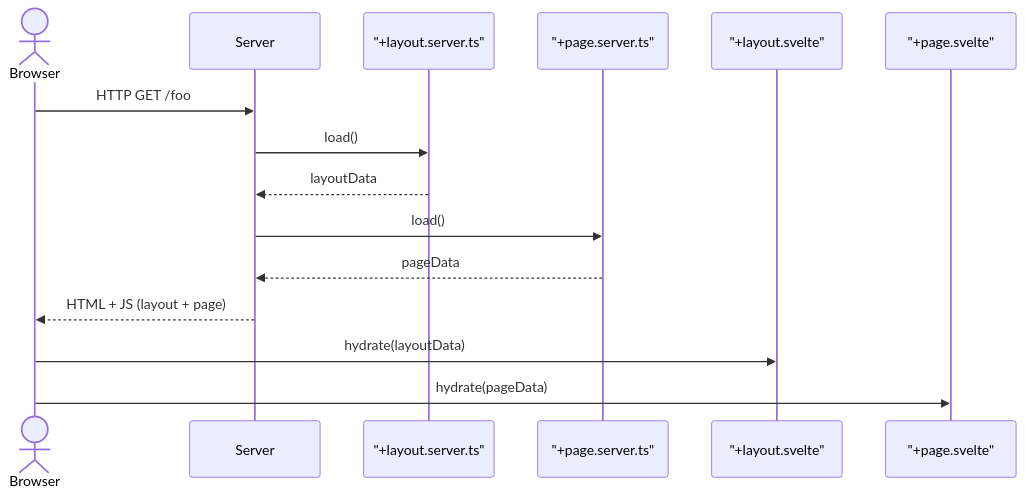
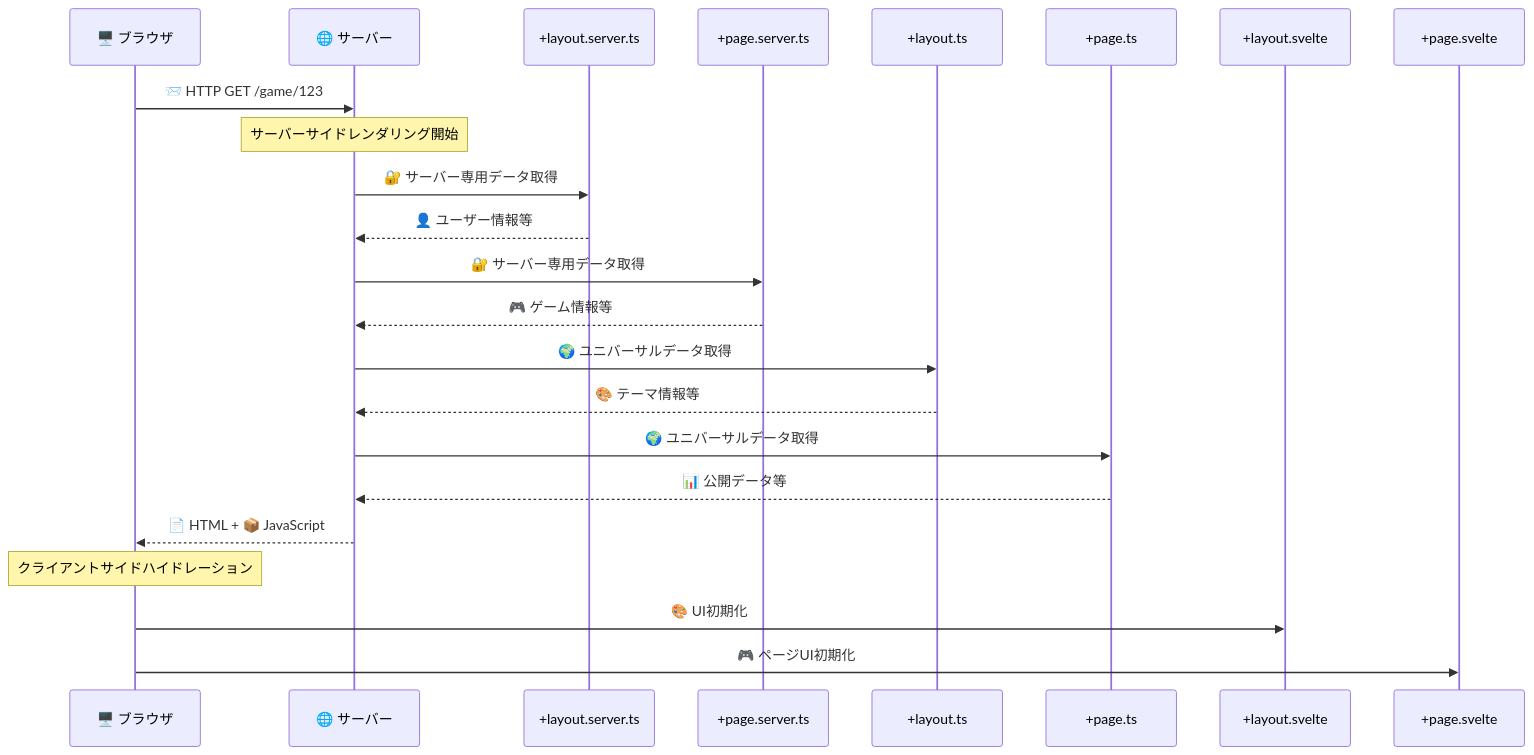
One commit to shuji-bonji/Notes-on-Svelte changed the second of 3 diagrams in sveltekit/files-based-on-routing-conventions.md. Above: the diagram before and after it, drawn with Mermaid. The commit also changed other lines of this file and 3 other files, not shown here.

````diff
--- a/sveltekit/files-based-on-routing-conventions.md
+++ b/sveltekit/files-based-on-routing-conventions.md
@@ -69,19 +99,32 @@
 ```mermaid
 sequenceDiagram
-  actor Browser
-  participant Server
-  participant LayoutServer as "+layout.server.ts"
-  participant PageServer as "+page.server.ts"
-  participant LayoutUI as "+layout.svelte"
-  participant PageUI as "+page.svelte"
+  participant Browser as 🖥️ ブラウザ
+  participant Server as 🌐 サーバー
+  participant LayoutServer as +layout.server.ts
+  participant PageServer as +page.server.ts
+  participant LayoutTS as +layout.ts
+  participant PageTS as +page.ts
+  participant LayoutUI as +layout.svelte
+  participant PageUI as +page.svelte
 
-  Browser->>Server: HTTP GET /foo
-  Server->>LayoutServer: load()
-  LayoutServer-->>Server: layoutData
-  Server->>PageServer: load()
-  PageServer-->>Server: pageData
-  Server-->>Browser: HTML + JS (layout + page)
-
-  Browser->>LayoutUI: hydrate(layoutData)
-  Browser->>PageUI: hydrate(pageData)
+  Browser->>Server: 📨 HTTP GET /game/123
+  
+  Note over Server: サーバーサイドレンダリング開始
+  Server->>LayoutServer: 🔐 サーバー専用データ取得
+  LayoutServer-->>Server: 👤 ユーザー情報等
+  
+  Server->>PageServer: 🔐 サーバー専用データ取得  
+  PageServer-->>Server: 🎮 ゲーム情報等
+  
+  Server->>LayoutTS: 🌍 ユニバーサルデータ取得
+  LayoutTS-->>Server: 🎨 テーマ情報等
+  
+  Server->>PageTS: 🌍 ユニバーサルデータ取得
+  PageTS-->>Server: 📊 公開データ等
+  
+  Server-->>Browser: 📄 HTML + 📦 JavaScript
+  
+  Note over Browser: クライアントサイドハイドレーション
+  Browser->>LayoutUI: 🎨 UI初期化
+  Browser->>PageUI: 🎮 ページUI初期化
 ```
````
